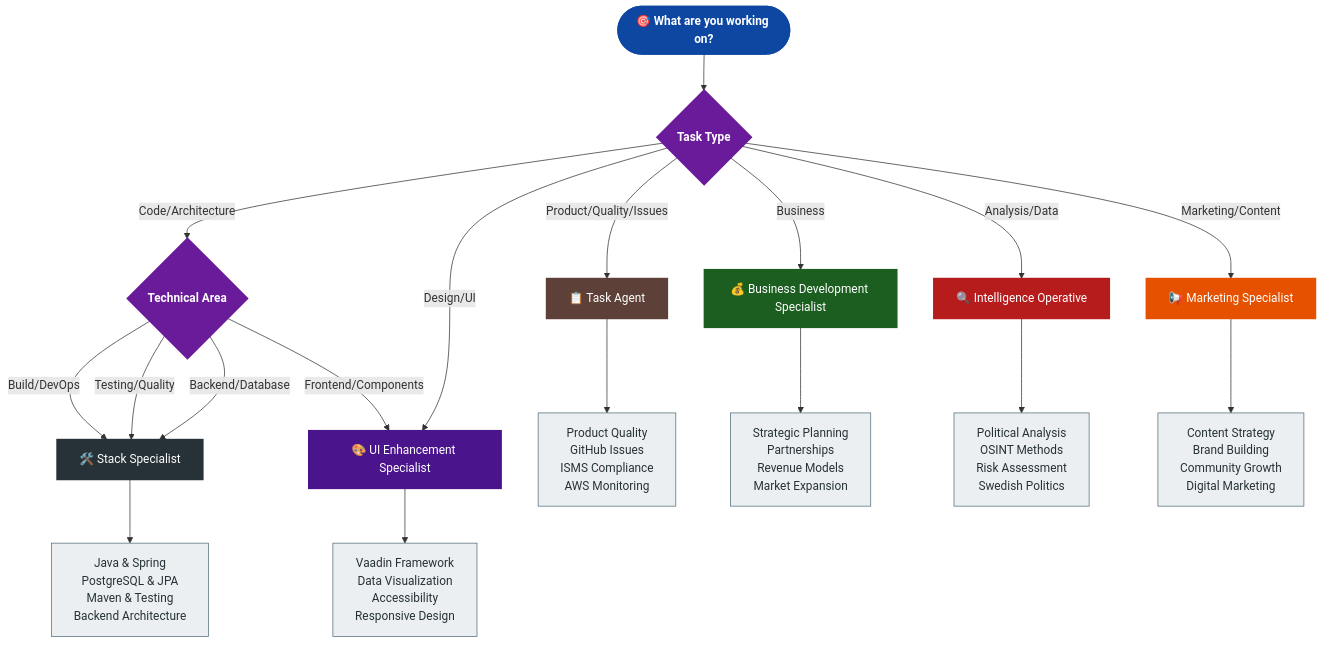
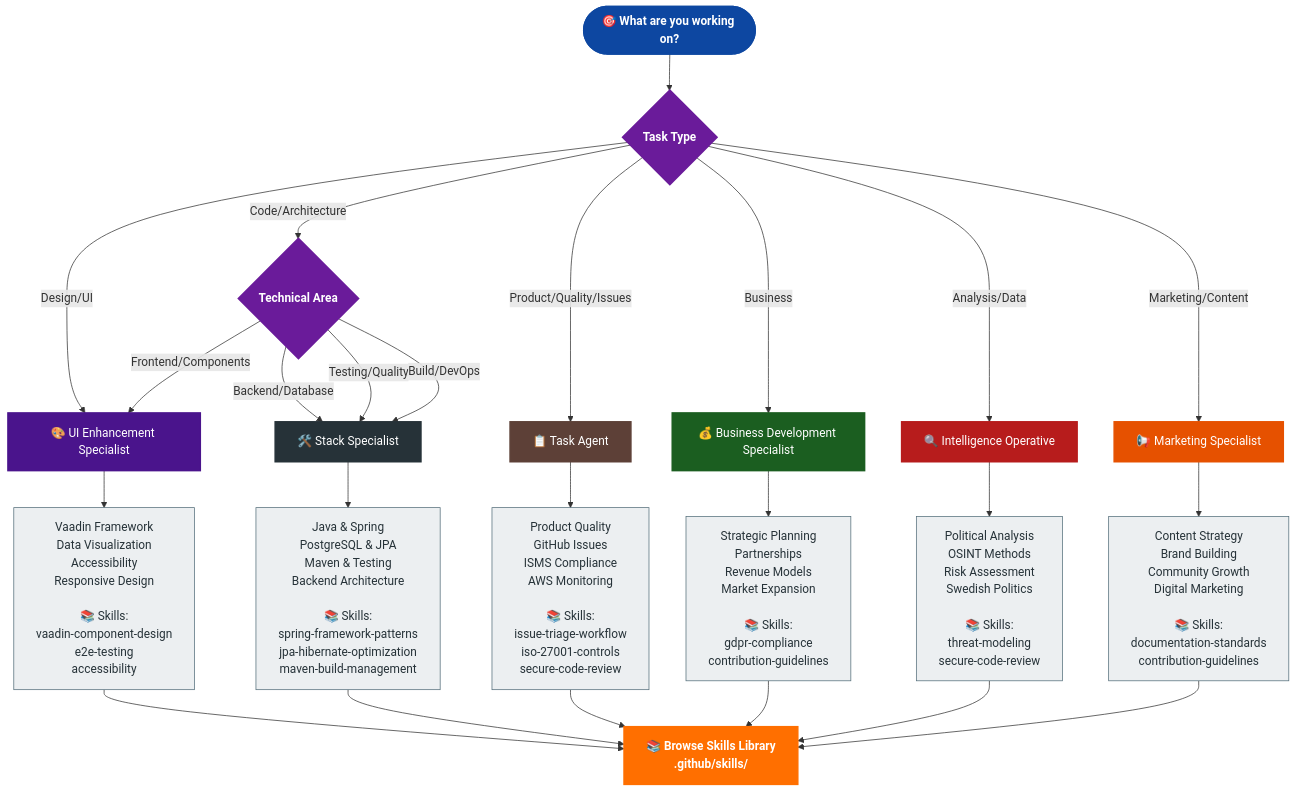
One commit to Hack23/cia changed the second of 2 diagrams in .github/agents/README.md. Above: the diagram before and after it, drawn with Mermaid. The commit also changed other lines of this file, not shown here.

First line of the commit message:
docs: Add comprehensive skills library documentation to agents README

````diff
--- a/.github/agents/README.md
+++ b/.github/agents/README.md
@@ -476,43 +640,52 @@
 ```mermaid
 flowchart TD
     Start([🎯 What are you working on?]) --> Type{Task Type}
     
     Type -->|Code/Architecture| Tech{Technical Area}
     Type -->|Design/UI| UI[🎨 UI Enhancement Specialist]
     Type -->|Business| Biz[💰 Business Development Specialist]
     Type -->|Analysis/Data| Intel[🔍 Intelligence Operative]
     Type -->|Marketing/Content| Market[📢 Marketing Specialist]
     Type -->|Product/Quality/Issues| Task[📋 Task Agent]
     
     Tech -->|Backend/Database| Stack[🛠️ Stack Specialist]
     Tech -->|Frontend/Components| UI
     Tech -->|Testing/Quality| Stack
     Tech -->|Build/DevOps| Stack
     
-    UI --> UIDesc[Vaadin Framework<br/>Data Visualization<br/>Accessibility<br/>Responsive Design]
-    Stack --> StackDesc[Java & Spring<br/>PostgreSQL & JPA<br/>Maven & Testing<br/>Backend Architecture]
-    Task --> TaskDesc[Product Quality<br/>GitHub Issues<br/>ISMS Compliance<br/>AWS Monitoring]
-    Biz --> BizDesc[Strategic Planning<br/>Partnerships<br/>Revenue Models<br/>Market Expansion]
-    Intel --> IntelDesc[Political Analysis<br/>OSINT Methods<br/>Risk Assessment<br/>Swedish Politics]
-    Market --> MarketDesc[Content Strategy<br/>Brand Building<br/>Community Growth<br/>Digital Marketing]
+    UI --> UIDesc[Vaadin Framework<br/>Data Visualization<br/>Accessibility<br/>Responsive Design<br/><br/>📚 Skills:<br/>vaadin-component-design<br/>e2e-testing<br/>accessibility]
+    Stack --> StackDesc[Java & Spring<br/>PostgreSQL & JPA<br/>Maven & Testing<br/>Backend Architecture<br/><br/>📚 Skills:<br/>spring-framework-patterns<br/>jpa-hibernate-optimization<br/>maven-build-management]
+    Task --> TaskDesc[Product Quality<br/>GitHub Issues<br/>ISMS Compliance<br/>AWS Monitoring<br/><br/>📚 Skills:<br/>issue-triage-workflow<br/>iso-27001-controls<br/>secure-code-review]
+    Biz --> BizDesc[Strategic Planning<br/>Partnerships<br/>Revenue Models<br/>Market Expansion<br/><br/>📚 Skills:<br/>gdpr-compliance<br/>contribution-guidelines]
+    Intel --> IntelDesc[Political Analysis<br/>OSINT Methods<br/>Risk Assessment<br/>Swedish Politics<br/><br/>📚 Skills:<br/>threat-modeling<br/>secure-code-review]
+    Market --> MarketDesc[Content Strategy<br/>Brand Building<br/>Community Growth<br/>Digital Marketing<br/><br/>📚 Skills:<br/>documentation-standards<br/>contribution-guidelines]
+    
+    UIDesc --> Skills[📚 Browse Skills Library<br/>.github/skills/]
+    StackDesc --> Skills
+    TaskDesc --> Skills
+    BizDesc --> Skills
+    IntelDesc --> Skills
+    MarketDesc --> Skills
     
     classDef startNode fill:#0D47A1,stroke:#0D47A1,stroke-width:3px,color:#fff,font-weight:bold
     classDef decisionNode fill:#6A1B9A,stroke:#6A1B9A,stroke-width:3px,color:#fff,font-weight:bold
     classDef taskNode fill:#5D4037,stroke:#5D4037,stroke-width:2px,color:#fff
     classDef stackNode fill:#263238,stroke:#263238,stroke-width:2px,color:#fff
     classDef uiNode fill:#4A148C,stroke:#4A148C,stroke-width:2px,color:#fff
     classDef bizNode fill:#1B5E20,stroke:#1B5E20,stroke-width:2px,color:#fff
     classDef intelNode fill:#B71C1C,stroke:#B71C1C,stroke-width:2px,color:#fff
     classDef marketNode fill:#E65100,stroke:#E65100,stroke-width:2px,color:#fff
     classDef descNode fill:#ECEFF1,stroke:#546E7A,stroke-width:1px,color:#263238
+    classDef skillsNode fill:#FF6F00,stroke:#FF6F00,stroke-width:2px,color:#fff,font-weight:bold
     
     class Start startNode
     class Type,Tech decisionNode
     class Task taskNode
     class Stack stackNode
     class UI uiNode
     class Biz bizNode
     class Intel intelNode
     class Market marketNode
     class UIDesc,StackDesc,TaskDesc,BizDesc,IntelDesc,MarketDesc descNode
+    class Skills skillsNode
 ```
````
